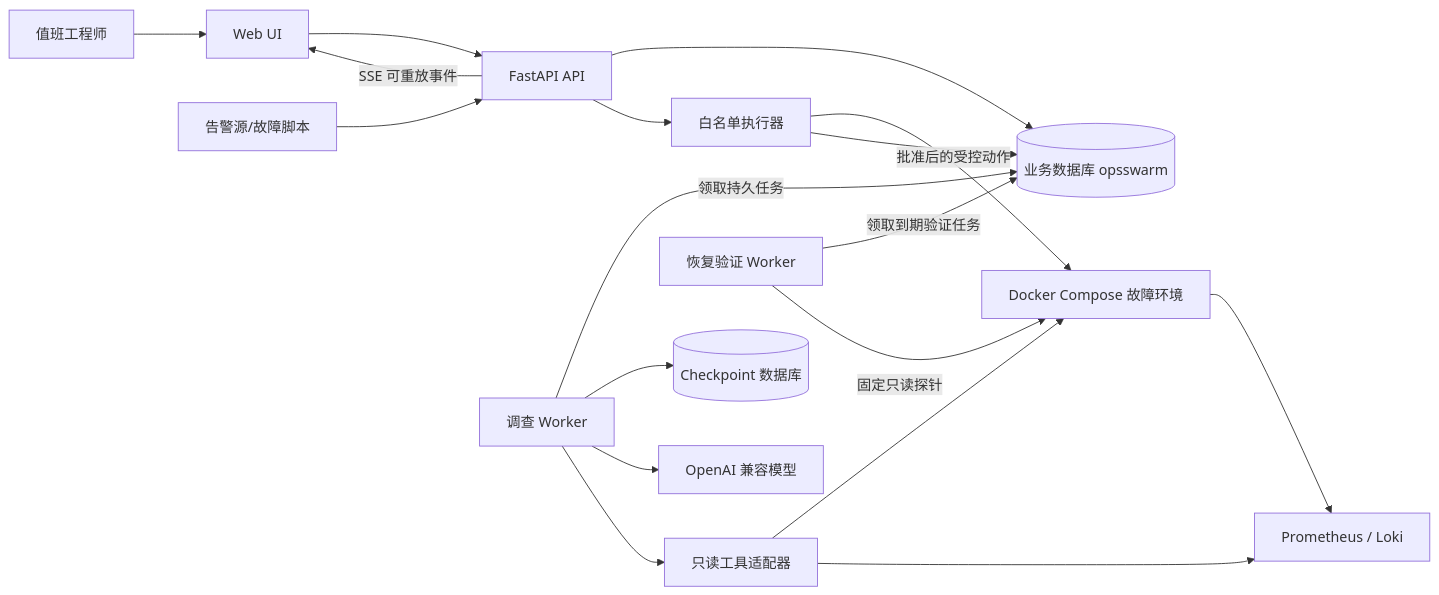
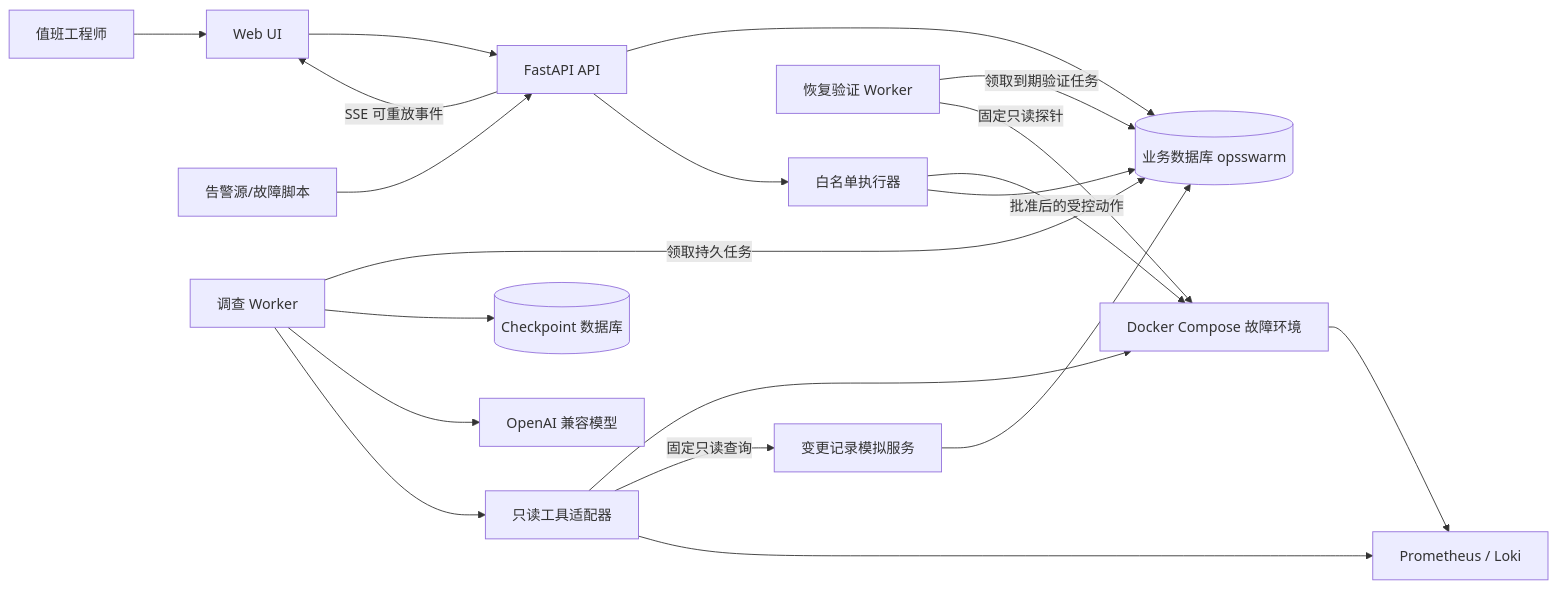
One commit to kill-t/ops-swarm changed the first of 2 diagrams in docs/architecture/02-system-architecture.md. Above: the diagram before and after it, drawn with Mermaid. The commit also changed other lines of this file and 31 other files, not shown here.

````diff
--- a/docs/architecture/02-system-architecture.md
+++ b/docs/architecture/02-system-architecture.md
@@ -14,24 +14,26 @@
 ```mermaid
 flowchart LR
     operator[值班工程师] --> ui[Web UI]
     alert_source[告警源/故障脚本] --> api[FastAPI API]
     ui --> api
     api --> app_db[(业务数据库 opsswarm)]
     api -->|SSE 可重放事件| ui
 
     worker[调查 Worker] -->|领取持久任务| app_db
     worker --> checkpoint_db[(Checkpoint 数据库)]
     worker --> model[OpenAI 兼容模型]
     worker --> adapters[只读工具适配器]
     adapters --> lab[Docker Compose 故障环境]
+    adapters -->|固定只读查询| change_service[变更记录模拟服务]
+    change_service --> app_db
 
     verification_worker[恢复验证 Worker] -->|领取到期验证任务| app_db
     verification_worker -->|固定只读探针| lab
 
     api --> executor[白名单执行器]
     executor -->|批准后的受控动作| lab
     executor --> app_db
 
     lab --> telemetry[Prometheus / Loki]
     adapters --> telemetry
 ```
````
